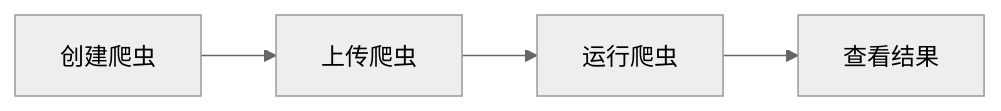
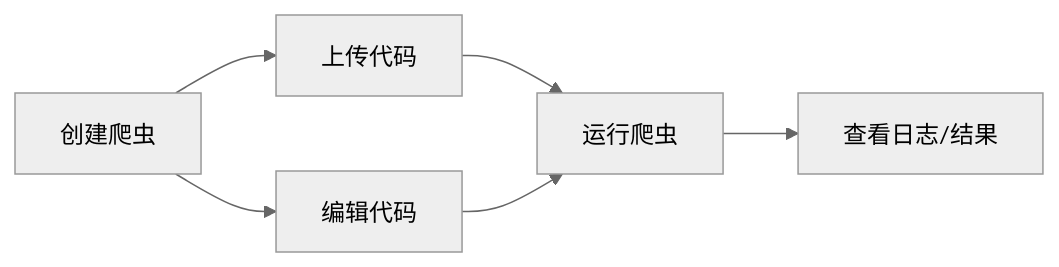
One commit to crawlab-team/crawlab-docs changed the first of 2 diagrams in packages/v0.7/i18n/zh/docusaurus-plugin-content-docs/current/guides/spider/index.md. Above: the diagram before and after it, drawn with Mermaid (neutral theme). The commit also changed other lines of this file and 3 other files, not shown here.

````diff
--- a/packages/v0.7/i18n/zh/docusaurus-plugin-content-docs/current/guides/spider/index.md
+++ b/packages/v0.7/i18n/zh/docusaurus-plugin-content-docs/current/guides/spider/index.md
@@ -18,6 +18,13 @@
 ```mermaid
 graph LR
-  A[创建爬虫] --> B[上传爬虫]
-  B --> C[运行爬虫]
-  C --> D[查看结果]
+    A[创建爬虫]
+    B1[上传代码]
+    B2[编辑代码]
+    C[运行爬虫]
+    D[查看日志/结果]
+    A --> B1
+    A --> B2
+    B1 --> C
+    B2 --> C
+    C --> D
 ```
````
